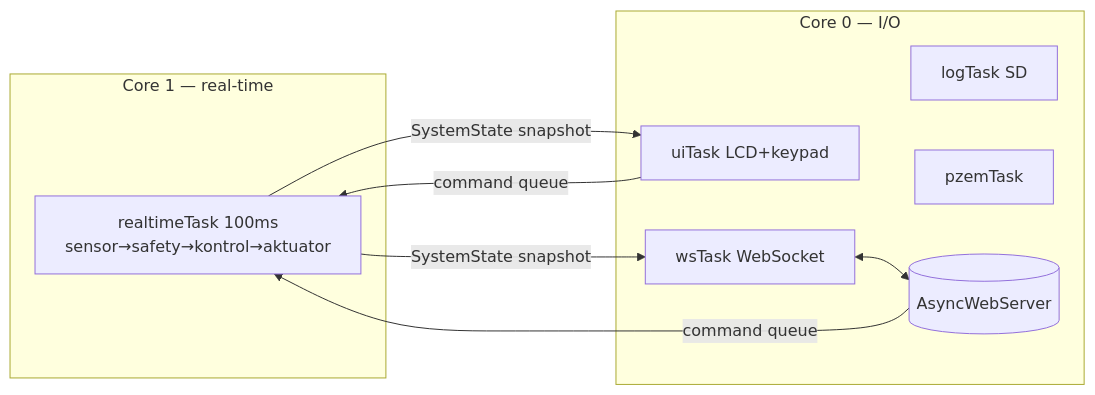
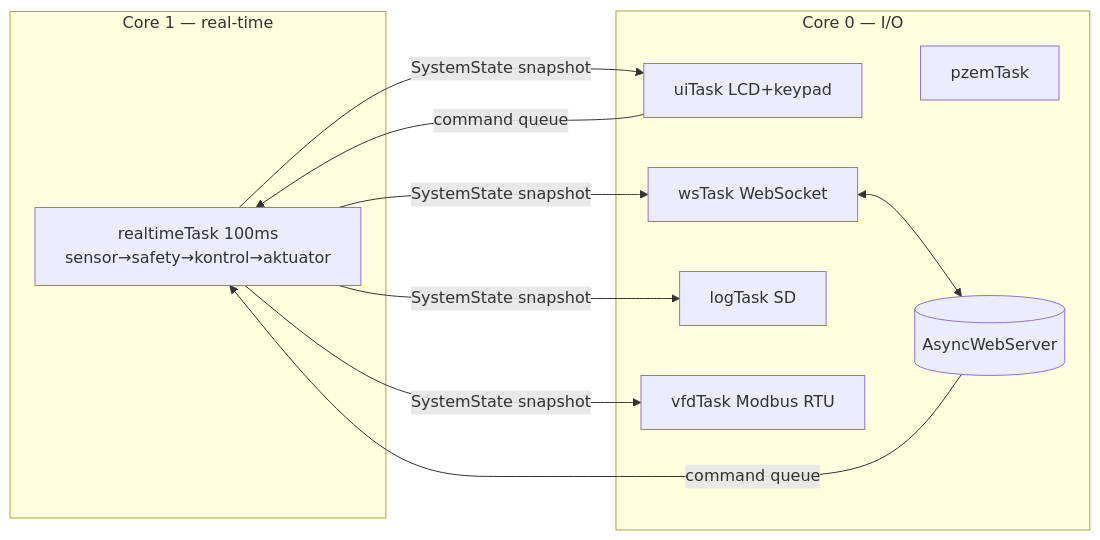
One commit to Keyzoo0/sistem-penggiling-biji-kopi-berbasis-fuzzy-dan-pid-order-satu changed the first of 2 diagrams in README.md. Above: the diagram before and after it, drawn with Mermaid. The commit also changed other lines of this file and 10 other files, not shown here.

````diff
--- a/README.md
+++ b/README.md
@@ -85,16 +152,17 @@
 ```mermaid
 flowchart LR
   subgraph C1["Core 1 — real-time"]
     RT["realtimeTask 100ms<br/>sensor→safety→kontrol→aktuator"]
   end
   subgraph C0["Core 0 — I/O"]
     UI[uiTask LCD+keypad]
     WS[wsTask WebSocket]
     LOG[logTask SD]
     PZ[pzemTask]
+    VFD[vfdTask Modbus RTU]
     NET[(AsyncWebServer)]
   end
   UI & NET -->|command queue| RT
-  RT -->|SystemState snapshot| UI & WS
+  RT -->|SystemState snapshot| UI & WS & VFD & LOG
   WS <--> NET
 ```
````
